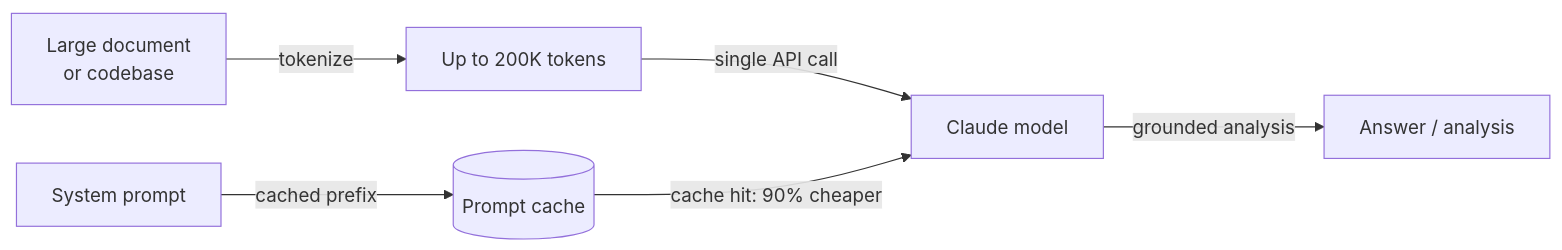
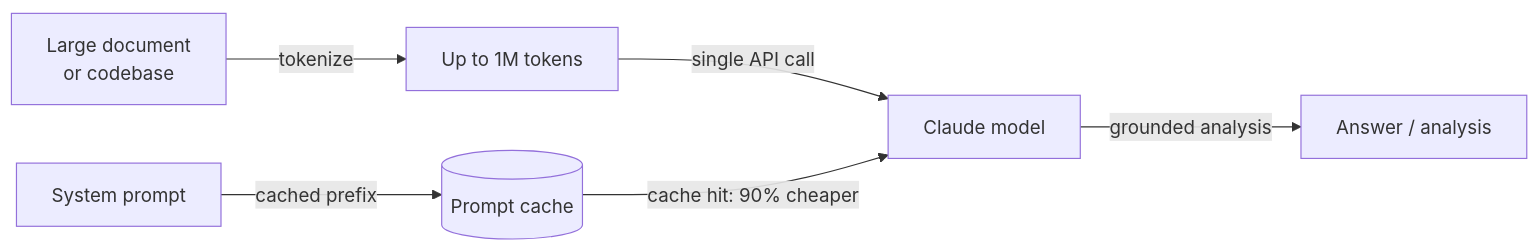
The third of 3 diagrams in next/content/docs/en/model-providers/anthropic.mdx (EmersonBraun/ai-summary-hub), drawn with Mermaid before and after one commit. The commit also changed other lines of this file and 211 other files, not shown here.

````diff
--- a/next/content/docs/en/model-providers/anthropic.mdx
+++ b/next/content/docs/en/model-providers/anthropic.mdx
@@ -64,8 +74,8 @@
 ```mermaid
 flowchart LR
-  LargeDoc[Large document\nor codebase] -->|tokenize| Tokens[Up to 200K tokens]
+  LargeDoc[Large document\nor codebase] -->|tokenize| Tokens[Up to 1M tokens]
   Tokens -->|single API call| Claude[Claude model]
   SystemPrompt[System prompt] -->|cached prefix| Cache[(Prompt cache)]
   Cache -->|cache hit: 90% cheaper| Claude
   Claude -->|grounded analysis| Output[Answer / analysis]
 ```
````
